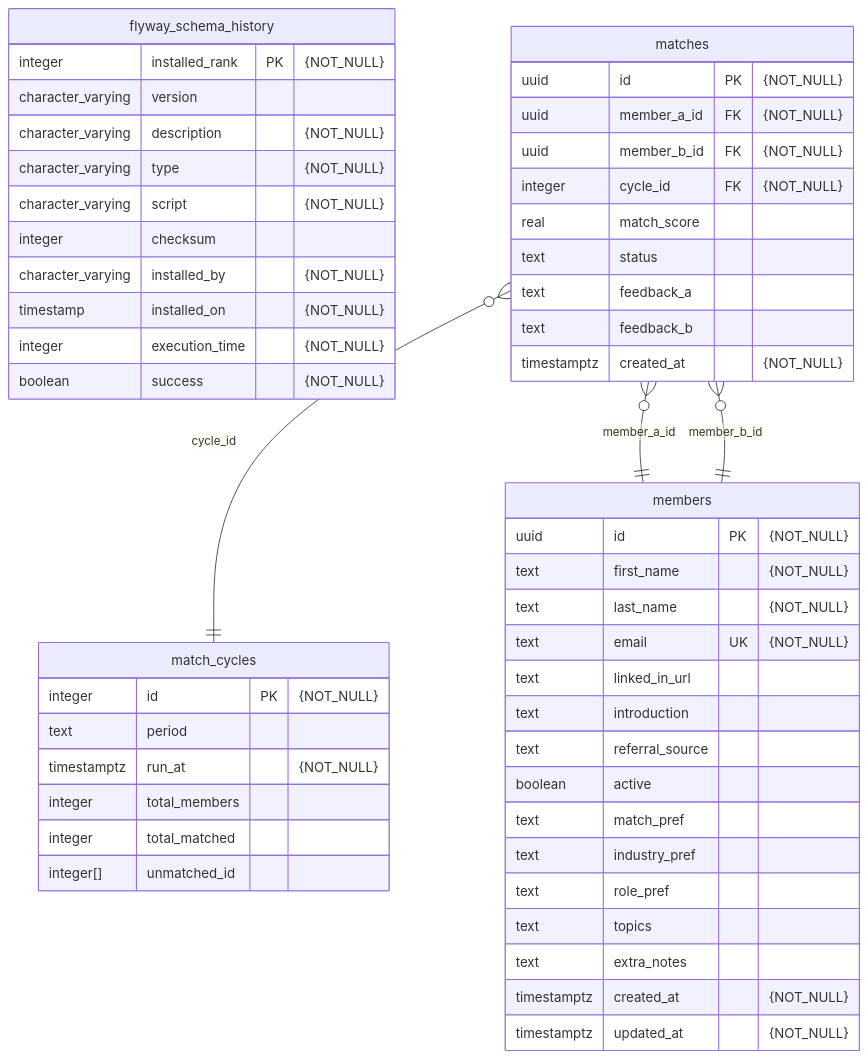
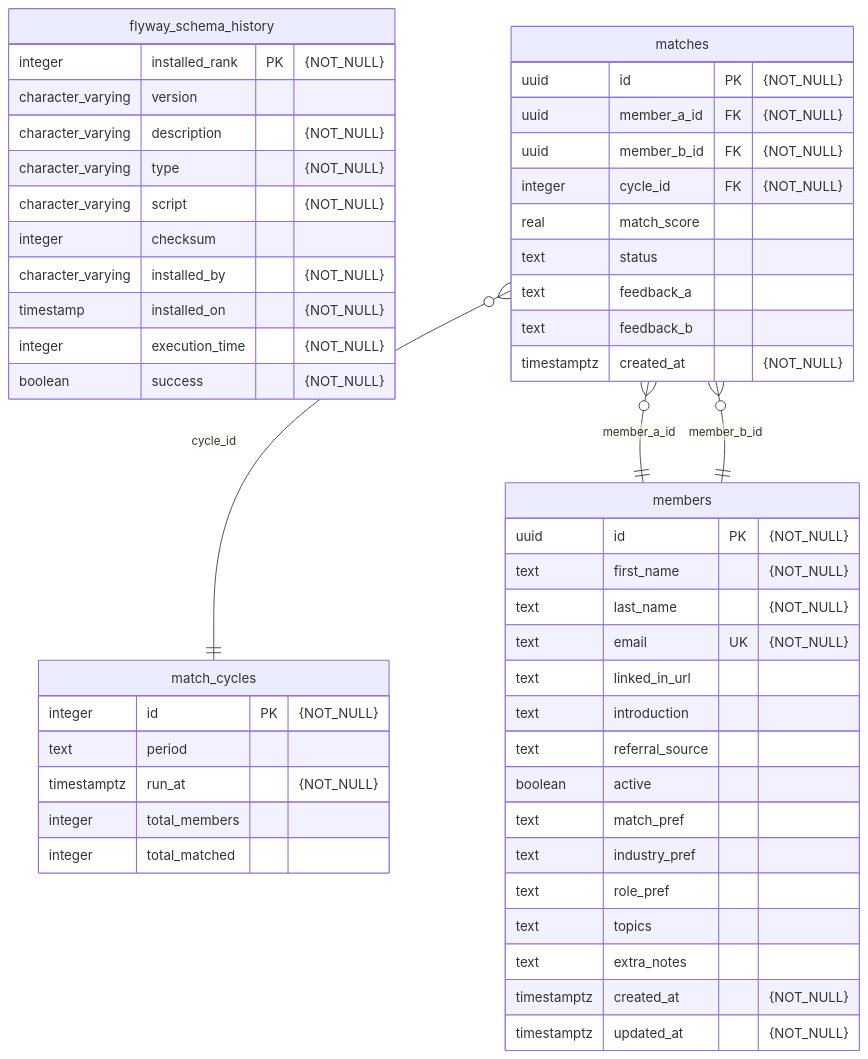
One commit to Patina-Network/patchats changed the diagram in db/README.md. Above: the diagram before and after it, drawn with Mermaid. The commit also changed 4 other files, not shown here.

Commit message:
Remove unmatched_ids from match_cycles schema

````diff
--- a/db/README.md
+++ b/db/README.md
@@ -3,58 +3,57 @@
 ```mermaid
 erDiagram
     flyway_schema_history {
         integer installed_rank PK "{NOT_NULL}"
         character_varying version
         character_varying description "{NOT_NULL}"
         character_varying type "{NOT_NULL}"
         character_varying script "{NOT_NULL}"
         integer checksum
         character_varying installed_by "{NOT_NULL}"
         timestamp installed_on "{NOT_NULL}"
         integer execution_time "{NOT_NULL}"
         boolean success "{NOT_NULL}"
     }
 
     match_cycles {
         integer id PK "{NOT_NULL}"
         text period
         timestamptz run_at "{NOT_NULL}"
         integer total_members
         integer total_matched
-        integer[] unmatched_id
     }
 
     matches {
         uuid id PK "{NOT_NULL}"
         uuid member_a_id FK "{NOT_NULL}"
         uuid member_b_id FK "{NOT_NULL}"
         integer cycle_id FK "{NOT_NULL}"
         real match_score
         text status
         text feedback_a
         text feedback_b
         timestamptz created_at "{NOT_NULL}"
     }
 
     members {
         uuid id PK "{NOT_NULL}"
         text first_name "{NOT_NULL}"
         text last_name "{NOT_NULL}"
         text email UK "{NOT_NULL}"
         text linked_in_url
         text introduction
         text referral_source
         boolean active
         text match_pref
         text industry_pref
         text role_pref
         text topics
         text extra_notes
         timestamptz created_at "{NOT_NULL}"
         timestamptz updated_at "{NOT_NULL}"
     }
 
     matches }o--|| match_cycles : "cycle_id"
     matches }o--|| members : "member_a_id"
     matches }o--|| members : "member_b_id"
 ```
````
